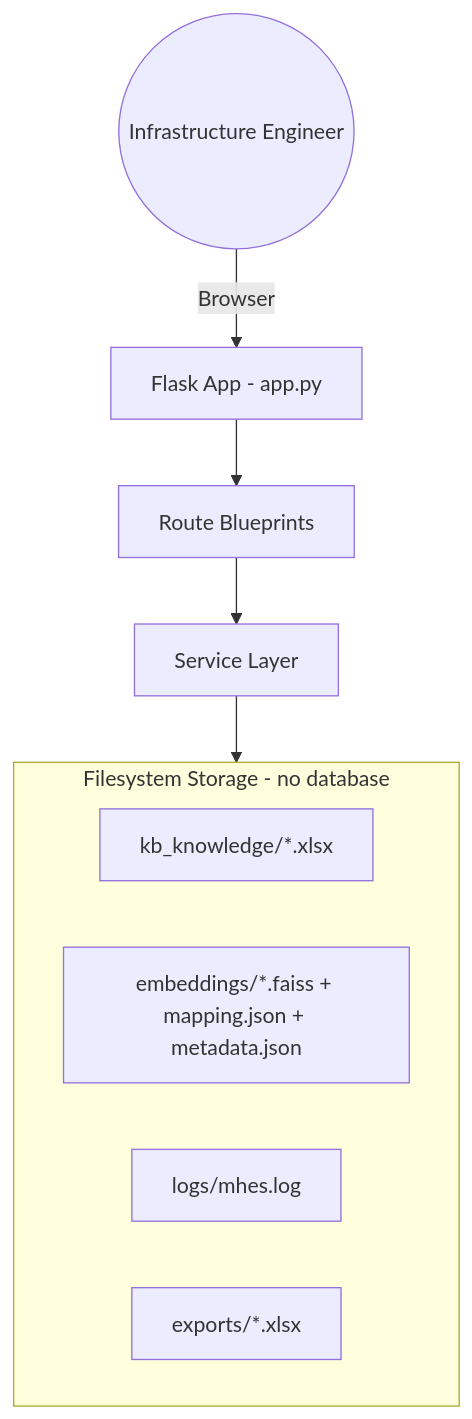
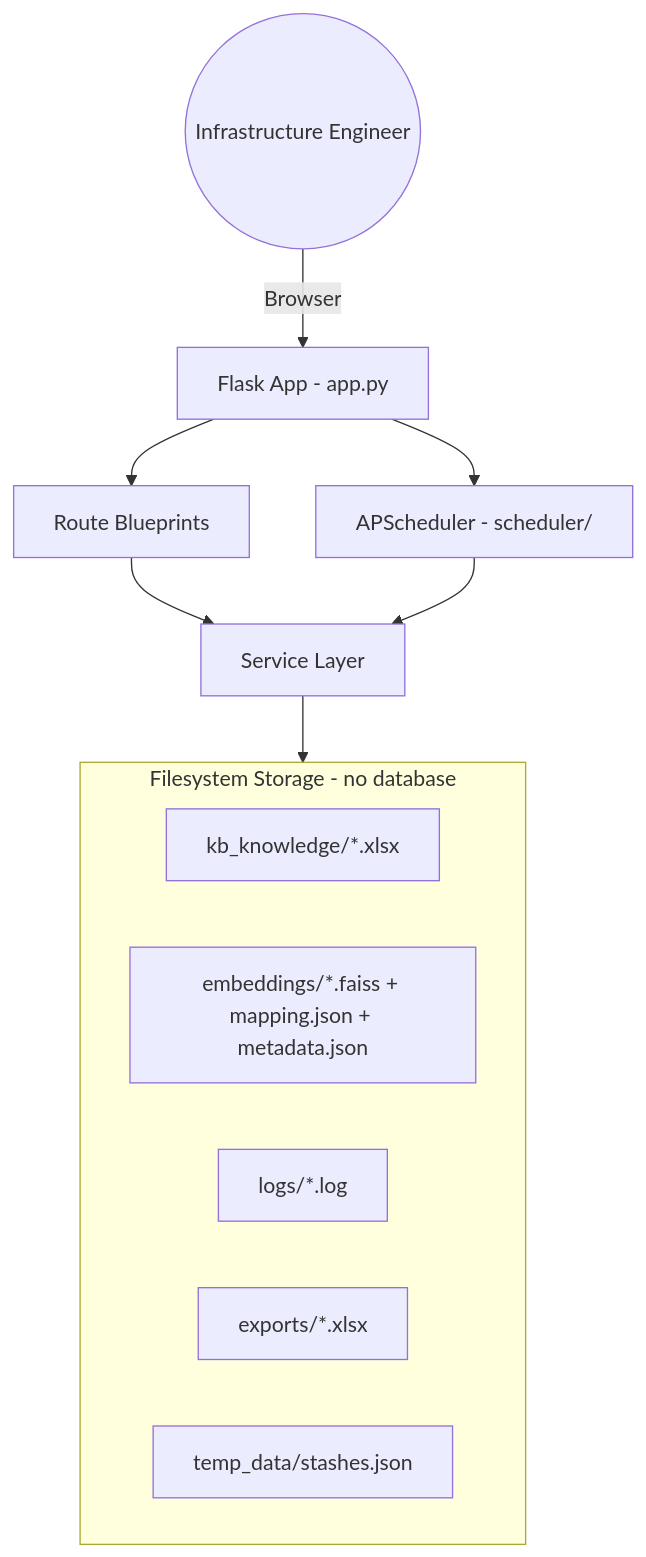
One commit to nhlynn/manhour-prediction changed the first of 5 diagrams in docs/ARCHITECTURE.md. Above: the diagram before and after it, drawn with Mermaid. The commit also changed other lines of this file and 20 other files, not shown here.

````diff
--- a/docs/ARCHITECTURE.md
+++ b/docs/ARCHITECTURE.md
@@ -18,15 +23,18 @@
 ```mermaid
 graph TB
     User((Infrastructure Engineer))
     User -->|Browser| Flask[Flask App - app.py]
     Flask --> Routes[Route Blueprints]
+    Flask --> Scheduler[APScheduler - scheduler/]
     Routes --> Services[Service Layer]
+    Scheduler --> Services
     Services --> FS[(Filesystem Storage)]
 
     subgraph FS[Filesystem Storage - no database]
         KB[kb_knowledge/*.xlsx]
         EMB[embeddings/*.faiss + mapping.json + metadata.json]
-        LOGS[logs/mhes.log]
+        LOGS[logs/*.log]
         EXP[exports/*.xlsx]
+        TEMP[temp_data/stashes.json]
     end
 ```
````
